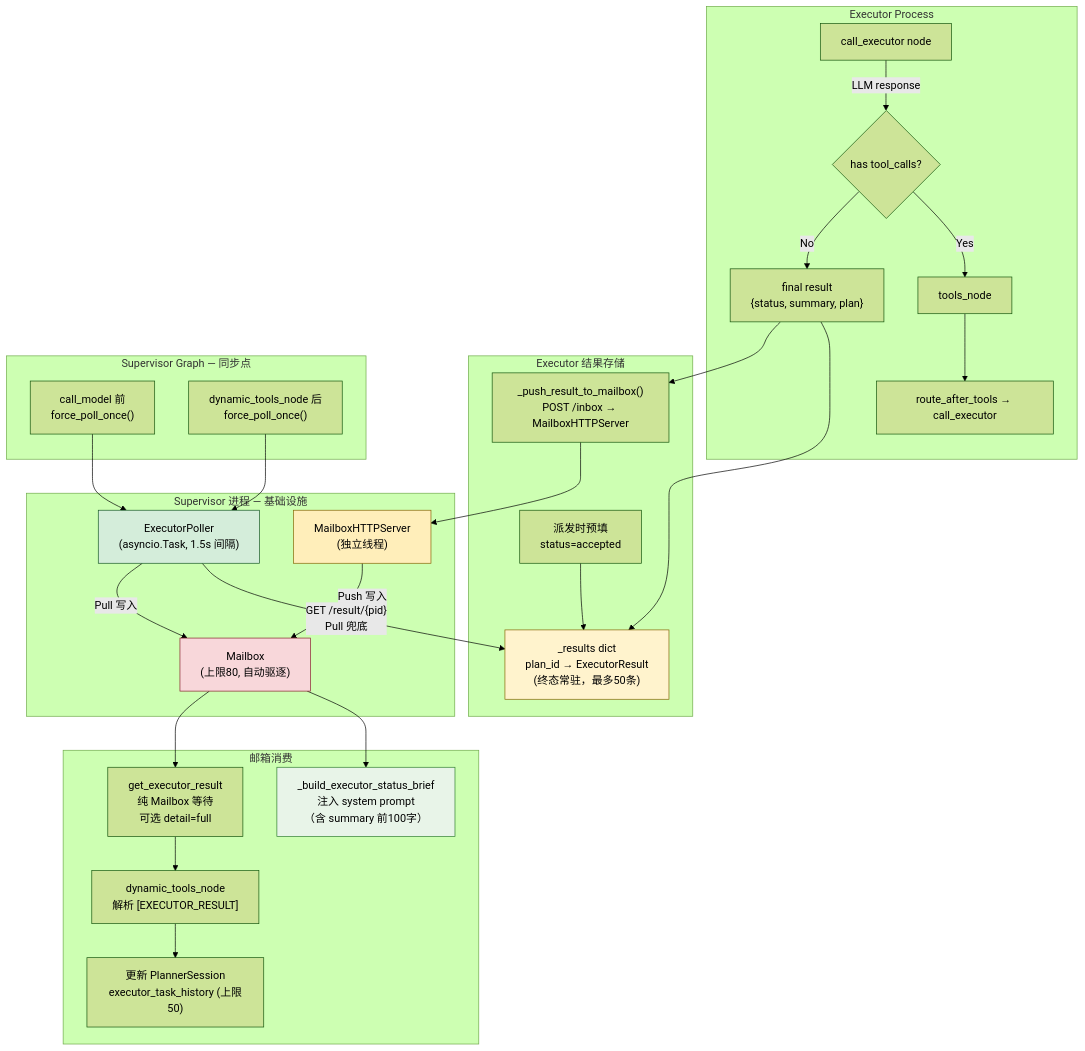
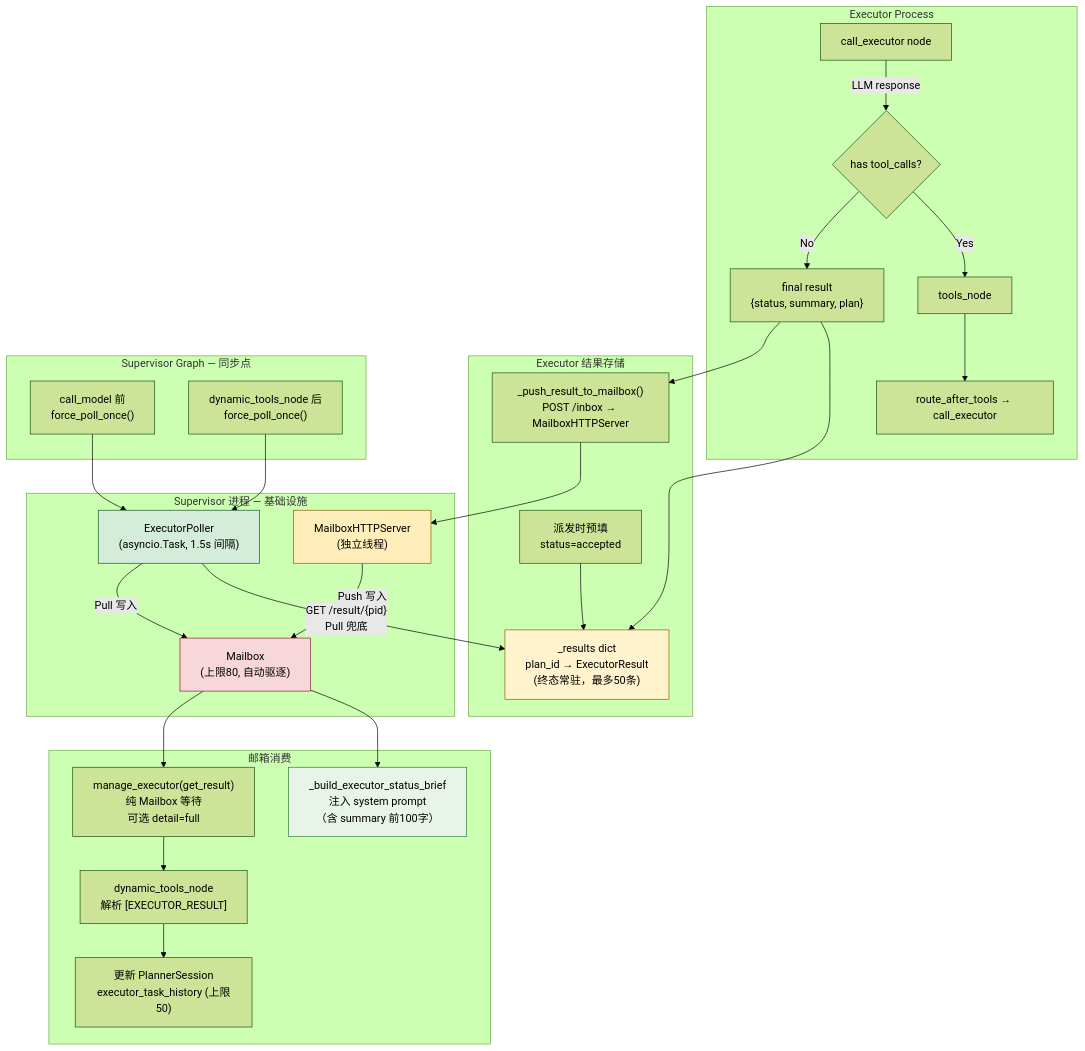
Before and after one commit to Tlaven/agent-triad: the eighth of 8 diagrams in docs/v3-architecture-diagrams.md, drawn with Mermaid (forest theme). The commit also changed other lines of this file and 39 other files, not shown here.

````diff
--- a/docs/v3-architecture-diagrams.md
+++ b/docs/v3-architecture-diagrams.md
@@ -366,42 +366,42 @@
 ```mermaid
 flowchart TD
     subgraph ExecGraph["Executor Process"]
         A["call_executor node"] -->|LLM response| B{has tool_calls?}
         B -->|Yes| C[tools_node]
         C --> F["route_after_tools → call_executor"]
         B -->|No| G["final result<br/>{status, summary, plan}"]
     end
 
     subgraph Storage["Executor 结果存储"]
         G --> H["_results dict<br/>plan_id → ExecutorResult<br/>(终态常驻，最多50条)"]
         I["派发时预填<br/>status=accepted"] --> H
         G --> PUSH["_push_result_to_mailbox()<br/>POST /inbox → MailboxHTTPServer"]
     end
 
     subgraph SupervisorInfra["Supervisor 进程 — 基础设施"]
         MBS["MailboxHTTPServer<br/>(独立线程)"]
         EP["ExecutorPoller<br/>(asyncio.Task, 1.5s 间隔)"]
         PUSH --> MBS
         MBS -->|Push 写入| MB["Mailbox<br/>(上限80, 自动驱逐)"]
         EP -->|"GET /result/{pid}<br/>Pull 兜底"| H
         EP -->|Pull 写入| MB
     end
 
     subgraph SupervisorGraph["Supervisor Graph — 同步点"]
         FC1["call_model 前<br/>force_poll_once()"] --> EP
         FC2["dynamic_tools_node 后<br/>force_poll_once()"] --> EP
     end
 
     subgraph Consumption["邮箱消费"]
         MB --> O["_build_executor_status_brief<br/>注入 system prompt<br/>（含 summary 前100字）"]
-        MB --> GER["get_executor_result<br/>纯 Mailbox 等待<br/>可选 detail=full"]
+        MB --> GER["manage_executor(get_result)<br/>纯 Mailbox 等待<br/>可选 detail=full"]
         GER --> P["dynamic_tools_node<br/>解析 [EXECUTOR_RESULT]"]
         P --> Q["更新 PlannerSession<br/>executor_task_history (上限50)"]
     end
 
     style H fill:#fff3cd,stroke:#856404
     style MB fill:#f8d7da,stroke:#842029
     style MBS fill:#ffeeba,stroke:#856404
     style EP fill:#d4edda,stroke:#155724
     style O fill:#e8f4e8,stroke:#2d7d2d
 ```
````
